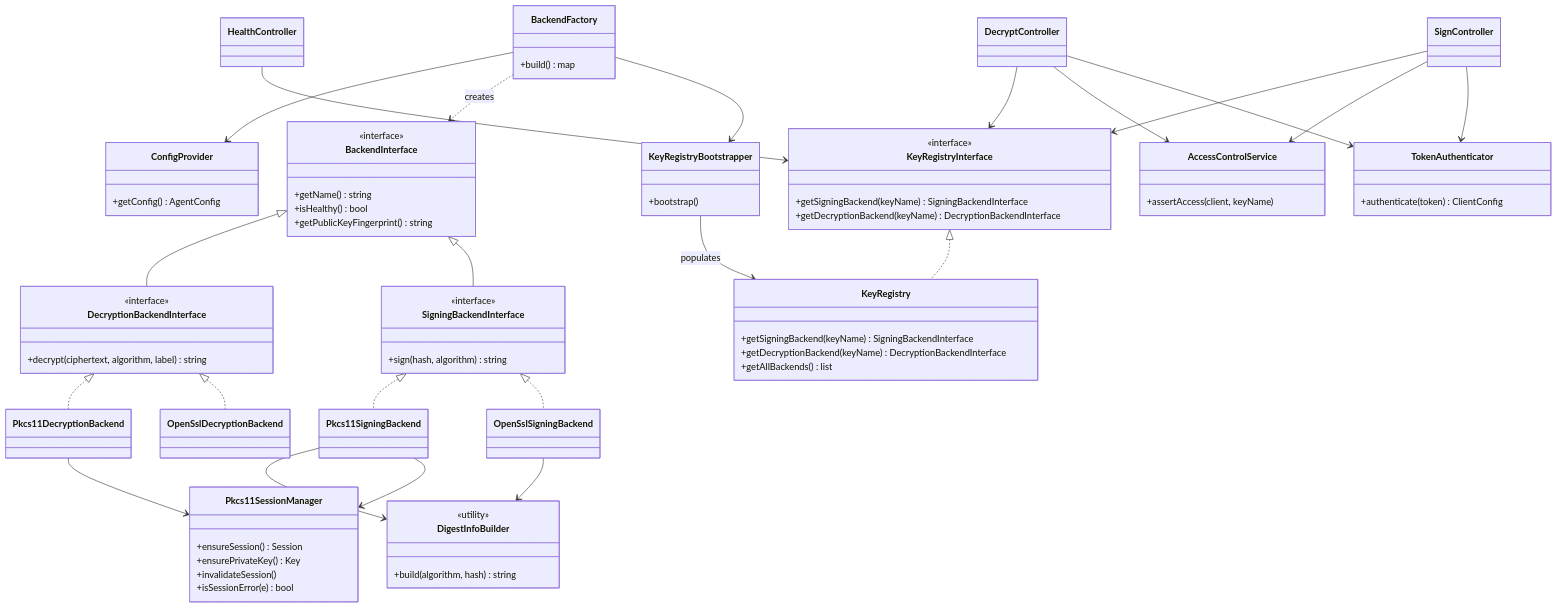
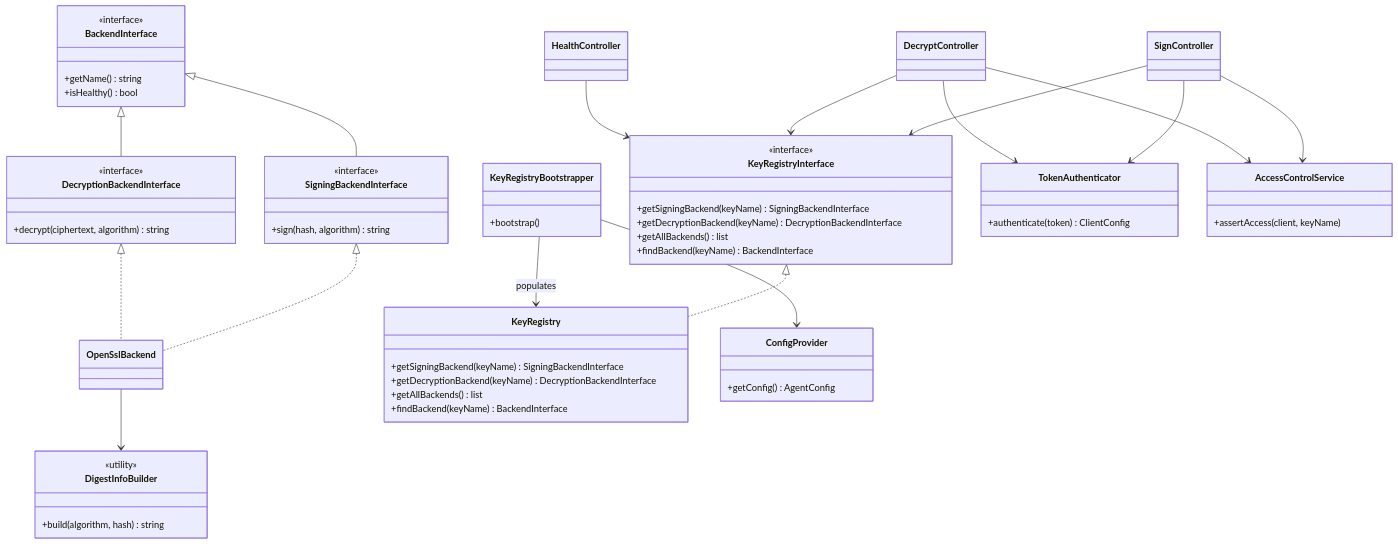
The third of 3 diagrams in docs/DESIGN-SPECIFICATION.md (OpenConext/OpenConext-private-key-agent), drawn with Mermaid before and after one commit. The commit also changed other lines of this file and 117 other files, not shown here.

First line of the commit message:
Soft version supporting only OpenSSL / Apache mod php (#3)

```diff
--- a/docs/DESIGN-SPECIFICATION.md
+++ b/docs/DESIGN-SPECIFICATION.md
@@ -455,7 +443,6 @@
         <<interface>>
         +getName() string
         +isHealthy() bool
-        +getPublicKeyFingerprint() string
     }
     class SigningBackendInterface {
         <<interface>>
@@ -463,45 +450,33 @@
     }
     class DecryptionBackendInterface {
         <<interface>>
-        +decrypt(ciphertext, algorithm, label) string
+        +decrypt(ciphertext, algorithm) string
     }
     BackendInterface <|-- SigningBackendInterface
     BackendInterface <|-- DecryptionBackendInterface
 
-    class OpenSslSigningBackend
-    class OpenSslDecryptionBackend
-    class Pkcs11SigningBackend
-    class Pkcs11DecryptionBackend
-    SigningBackendInterface <|.. OpenSslSigningBackend
-    DecryptionBackendInterface <|.. OpenSslDecryptionBackend
-    SigningBackendInterface <|.. Pkcs11SigningBackend
-    DecryptionBackendInterface <|.. Pkcs11DecryptionBackend
-
-    class Pkcs11SessionManager {
-        +ensureSession() Session
-        +ensurePrivateKey() Key
-        +invalidateSession()
-        +isSessionError(e) bool
-    }
-    Pkcs11SigningBackend --> Pkcs11SessionManager
-    Pkcs11DecryptionBackend --> Pkcs11SessionManager
+    class OpenSslBackend
+    SigningBackendInterface <|.. OpenSslBackend
+    DecryptionBackendInterface <|.. OpenSslBackend
 
     class DigestInfoBuilder {
         <<utility>>
         +build(algorithm, hash) string
     }
-    OpenSslSigningBackend --> DigestInfoBuilder
-    Pkcs11SigningBackend --> DigestInfoBuilder
+    OpenSslBackend --> DigestInfoBuilder
 
     class KeyRegistryInterface {
         <<interface>>
         +getSigningBackend(keyName) SigningBackendInterface
         +getDecryptionBackend(keyName) DecryptionBackendInterface
+        +getAllBackends() list
+        +findBackend(keyName) BackendInterface
     }
     class KeyRegistry {
         +getSigningBackend(keyName) SigningBackendInterface
         +getDecryptionBackend(keyName) DecryptionBackendInterface
         +getAllBackends() list
+        +findBackend(keyName) BackendInterface
     }
     KeyRegistryInterface <|.. KeyRegistry
     class KeyRegistryBootstrapper {
@@ -509,16 +484,10 @@
     }
     KeyRegistryBootstrapper --> KeyRegistry : populates
 
-    class BackendFactory {
-        +build() map
-    }
-    BackendFactory --> KeyRegistryBootstrapper
-    BackendFactory ..> BackendInterface : creates
-
     class ConfigProvider {
         +getConfig() AgentConfig
     }
-    BackendFactory --> ConfigProvider
+    KeyRegistryBootstrapper --> ConfigProvider
 
     class TokenAuthenticator {
         +authenticate(token) ClientConfig
```
